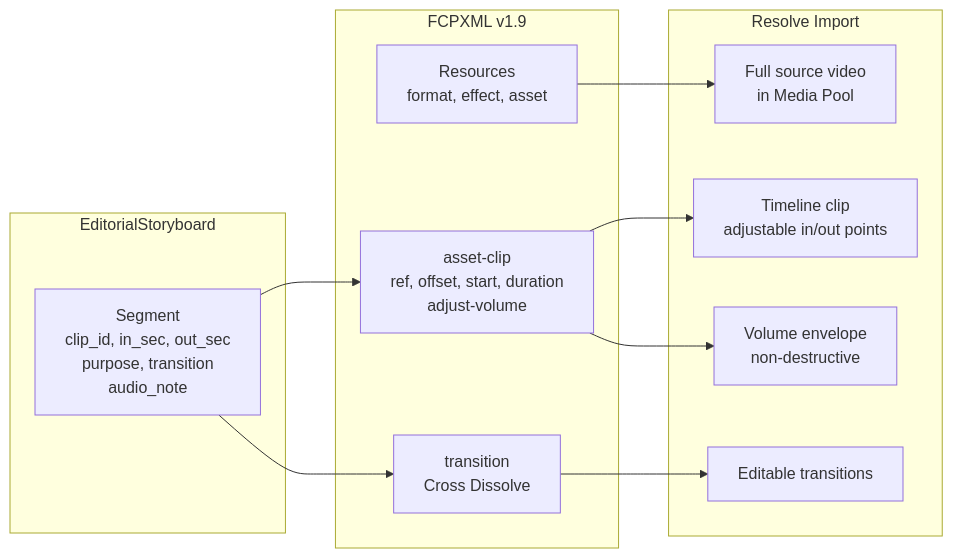
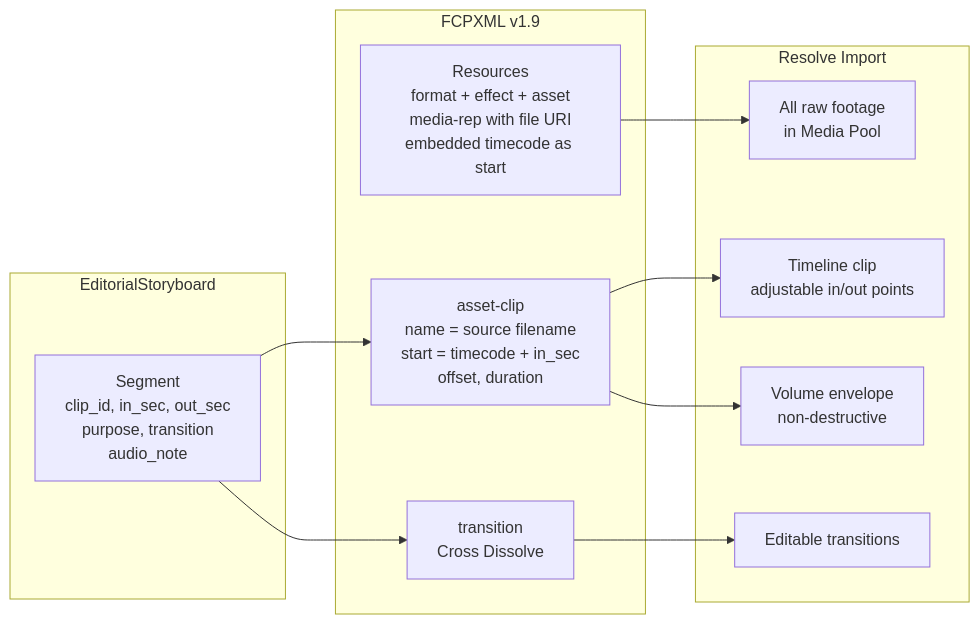
Before and after one commit to MaxCSHan/ai-video-editor: the second of 2 diagrams in README.md, drawn with Mermaid. The commit also changed other lines of this file, not shown here.

````diff
--- a/README.md
+++ b/README.md
@@ -658,26 +658,26 @@
 ```mermaid
 flowchart LR
     subgraph EditorialStoryboard
         SEG[Segment<br/>clip_id, in_sec, out_sec<br/>purpose, transition<br/>audio_note]
     end
 
     subgraph FCPXML v1.9
-        RES[Resources<br/>format, effect, asset]
-        AC[asset-clip<br/>ref, offset, start, duration<br/>adjust-volume]
+        RES[Resources<br/>format + effect + asset<br/>media-rep with file URI<br/>embedded timecode as start]
+        AC[asset-clip<br/>name = source filename<br/>start = timecode + in_sec<br/>offset, duration]
         TR[transition<br/>Cross Dissolve]
     end
 
     subgraph Resolve Import
-        FULL[Full source video<br/>in Media Pool]
+        FULL[All raw footage<br/>in Media Pool]
         TL[Timeline clip<br/>adjustable in/out points]
         FX[Editable transitions]
         VOL[Volume envelope<br/>non-destructive]
     end
 
     SEG --> AC
     SEG --> TR
     AC --> TL
     TR --> FX
     AC --> VOL
     RES --> FULL
 ```
````
